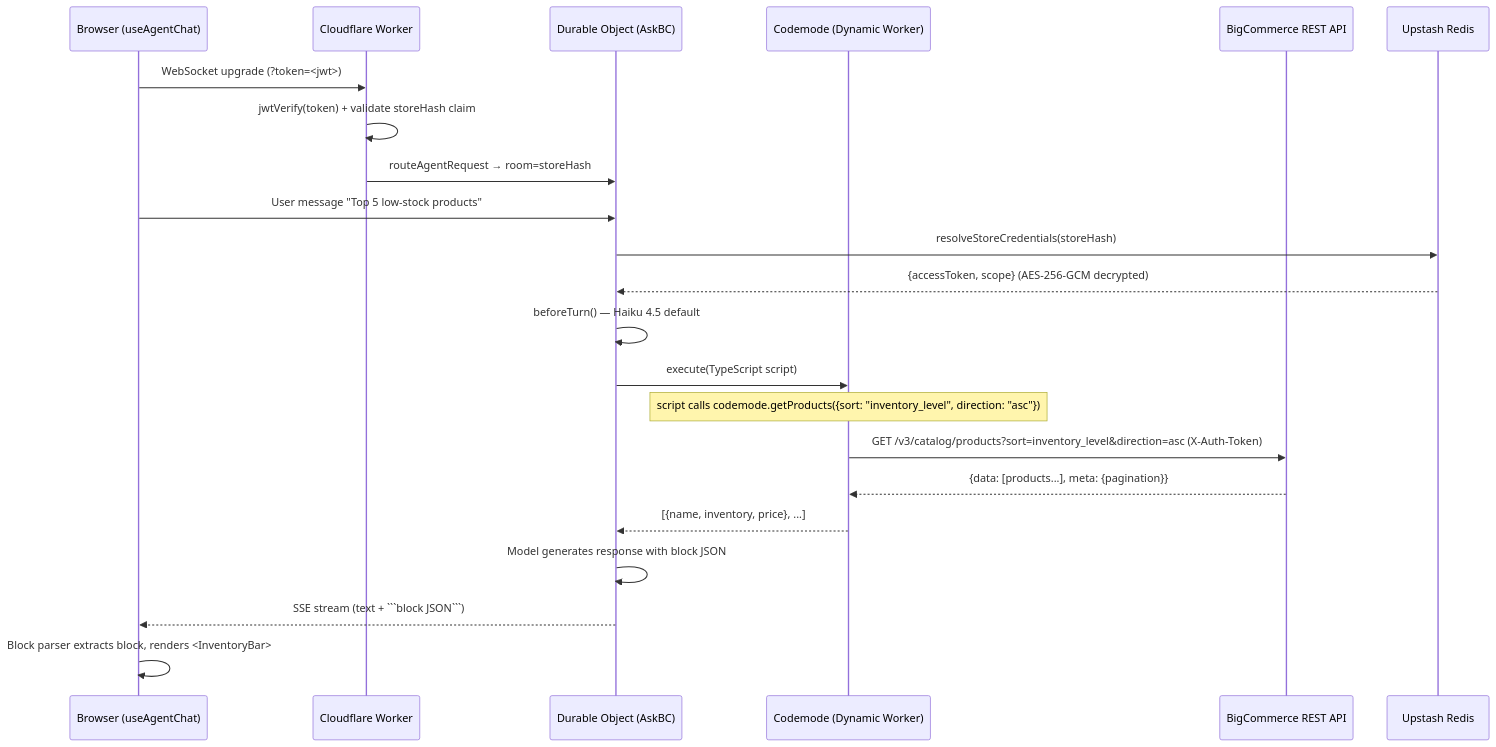
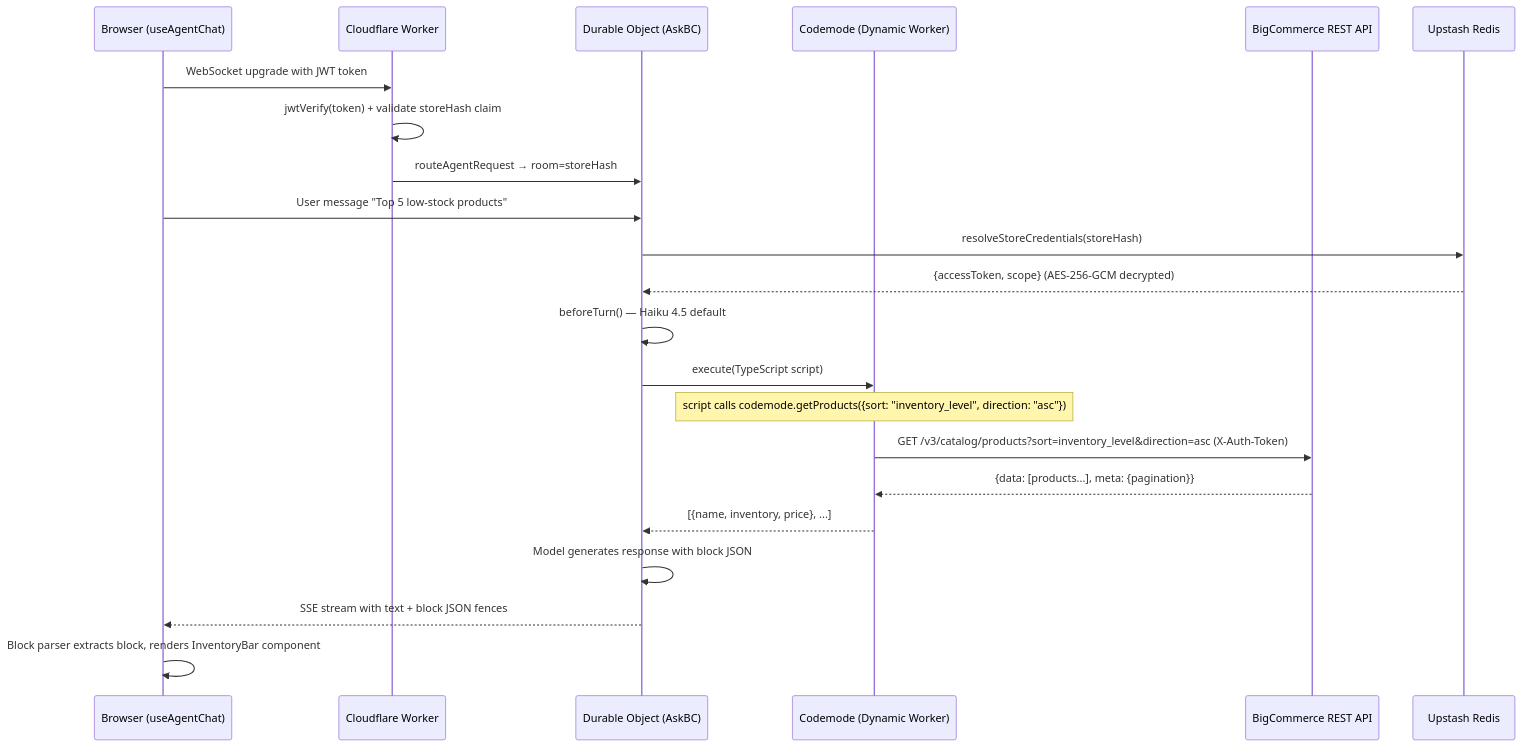
The second of 4 diagrams in docs/architecture/README.md (nino-chavez/ask-bc), drawn with Mermaid before and after one commit. The commit also changed other lines of this file, not shown here.

First line of the commit message:
Fix Mermaid diagram syntax for GitHub rendering

````diff
--- a/docs/architecture/README.md
+++ b/docs/architecture/README.md
@@ -69,25 +69,25 @@
 ```mermaid
 sequenceDiagram
     participant B as Browser (useAgentChat)
     participant W as Cloudflare Worker
     participant DO as Durable Object (AskBC)
     participant CM as Codemode (Dynamic Worker)
     participant BC as BigCommerce REST API
     participant R as Upstash Redis
 
-    B->>W: WebSocket upgrade (?token=<jwt>)
+    B->>W: WebSocket upgrade with JWT token
     W->>W: jwtVerify(token) + validate storeHash claim
     W->>DO: routeAgentRequest → room=storeHash
     B->>DO: User message "Top 5 low-stock products"
     DO->>R: resolveStoreCredentials(storeHash)
     R-->>DO: {accessToken, scope} (AES-256-GCM decrypted)
     DO->>DO: beforeTurn() — Haiku 4.5 default
     DO->>CM: execute(TypeScript script)
     Note over CM: script calls codemode.getProducts({sort: "inventory_level", direction: "asc"})
     CM->>BC: GET /v3/catalog/products?sort=inventory_level&direction=asc (X-Auth-Token)
     BC-->>CM: {data: [products...], meta: {pagination}}
     CM-->>DO: [{name, inventory, price}, ...]
     DO->>DO: Model generates response with block JSON
-    DO-->>B: SSE stream (text + ```block JSON```)
-    B->>B: Block parser extracts block, renders <InventoryBar>
+    DO-->>B: SSE stream with text + block JSON fences
+    B->>B: Block parser extracts block, renders InventoryBar component
 ```
````
